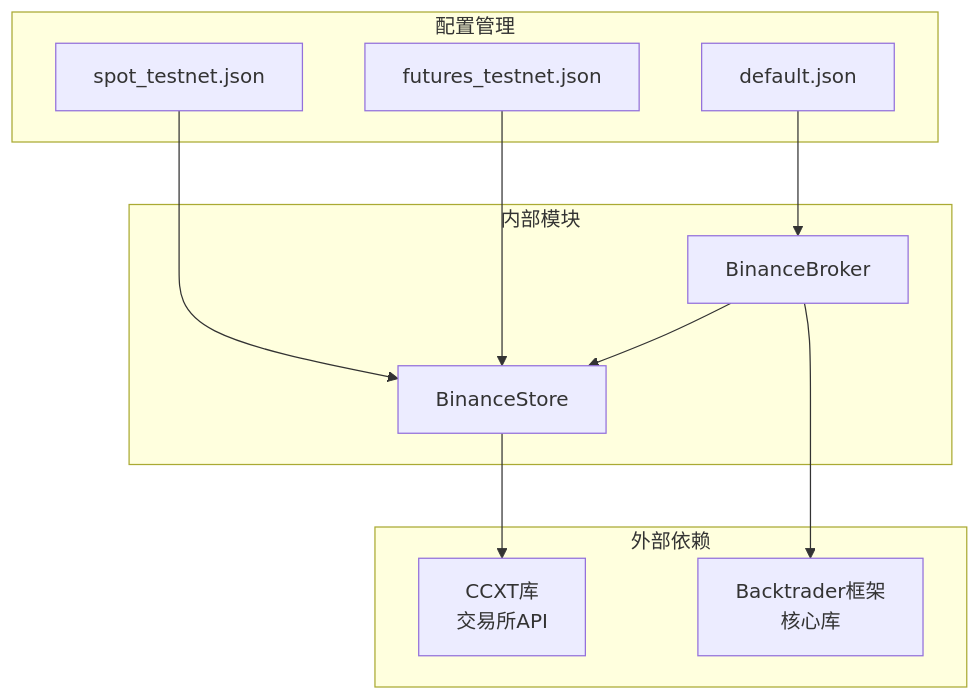
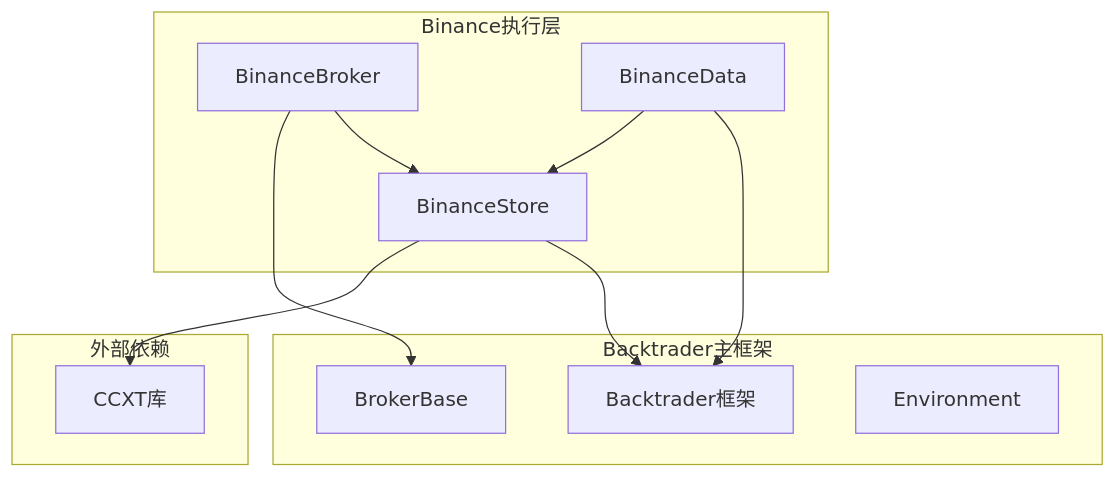
One commit to bench-prog/backtrader changed the eighth of 8 diagrams in .qoder/repowiki/zh/content/实盘交易模块/Binance交易所集成/BinanceBroker执行层.md. Above: the diagram before and after it, drawn with Mermaid. The commit also changed other lines of this file and 23 other files, not shown here.

````diff
--- a/.qoder/repowiki/zh/content/实盘交易模块/Binance交易所集成/BinanceBroker执行层.md
+++ b/.qoder/repowiki/zh/content/实盘交易模块/Binance交易所集成/BinanceBroker执行层.md
@@ -510,22 +644,23 @@
 ```mermaid
 graph TB
+subgraph "Backtrader主框架"
+BB[BrokerBase]
+BT[Backtrader核心]
+END[Environment]
+end
+subgraph "Binance执行层"
+BNB[BinanceBroker]
+BNS[BinanceStore]
+BND[BinanceData]
+end
 subgraph "外部依赖"
-CCXT[CCXT库<br/>交易所API]
-BT[Backtrader框架<br/>核心库]
+CCXT[CCXT库]
+BT[Backtrader框架]
 end
-subgraph "内部模块"
-BB[BinanceBroker]
-BS[BinanceStore]
-BB --> BS
-BB --> BT
-BS --> CCXT
-end
-subgraph "配置管理"
-DC[default.json]
-FT[futures_testnet.json]
-ST[spot_testnet.json]
-DC --> BB
-FT --> BS
-ST --> BS
-end
+BNB --> BB
+BNS --> CCXT
+BND --> BNS
+BNB --> BNS
+BNS --> BT
+BND --> BT
 ```
````
